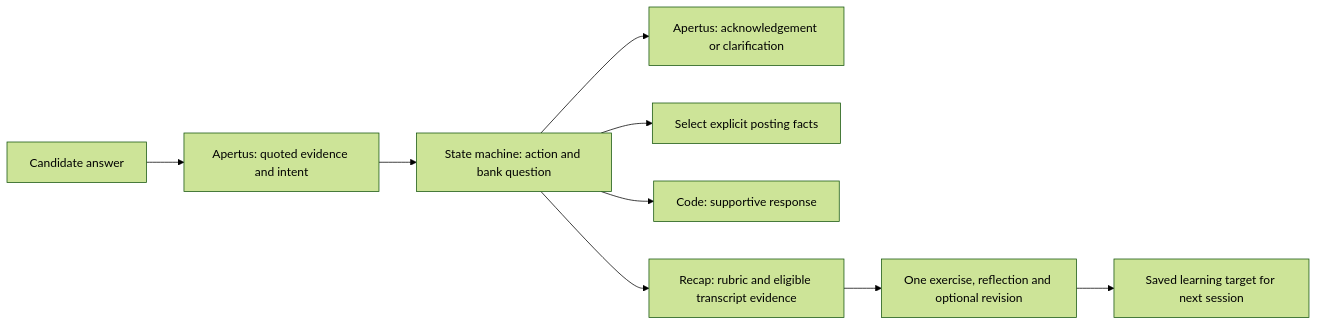
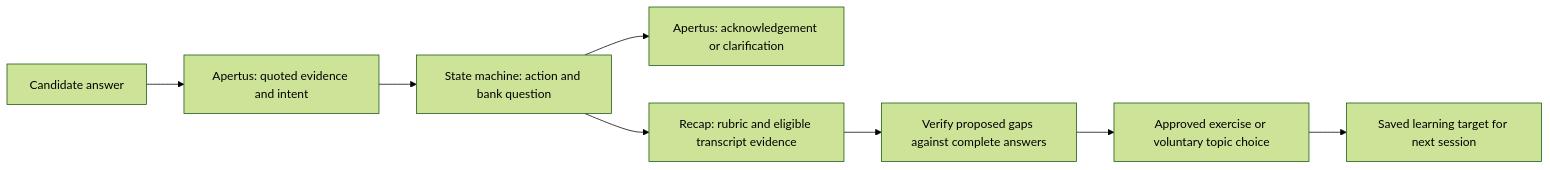
The diagram in README.md (aliskin/apertus-interview-coach), drawn with Mermaid (forest theme) before and after one commit. The commit also changed other lines of this file and 5 other files, not shown here.

Commit message:
Document submission architecture evaluation and deployment

````diff
--- a/README.md
+++ b/README.md
@@ -48,11 +48,10 @@
 ```mermaid
 flowchart LR
     Answer[Candidate answer] --> Analysis[Apertus: quoted evidence and intent]
     Analysis --> Controller[State machine: action and bank question]
     Controller --> Interviewer[Apertus: acknowledgement or clarification]
-    Controller --> Company[Select explicit posting facts]
-    Controller --> Support[Code: supportive response]
     Controller --> Evaluator[Recap: rubric and eligible transcript evidence]
-    Evaluator --> Learning[One exercise, reflection and optional revision]
+    Evaluator --> Verify[Verify proposed gaps against complete answers]
+    Verify --> Learning[Approved exercise or voluntary topic choice]
     Learning --> History[Saved learning target for next session]
 ```
````
